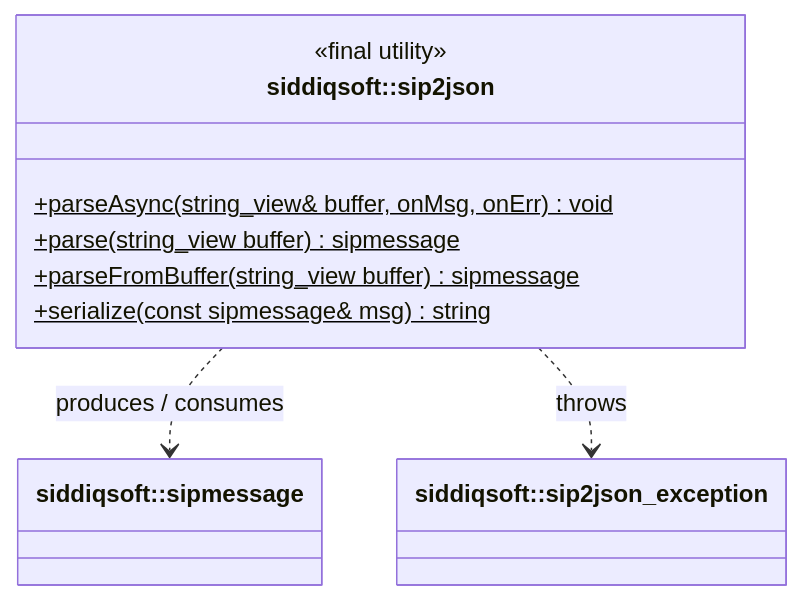
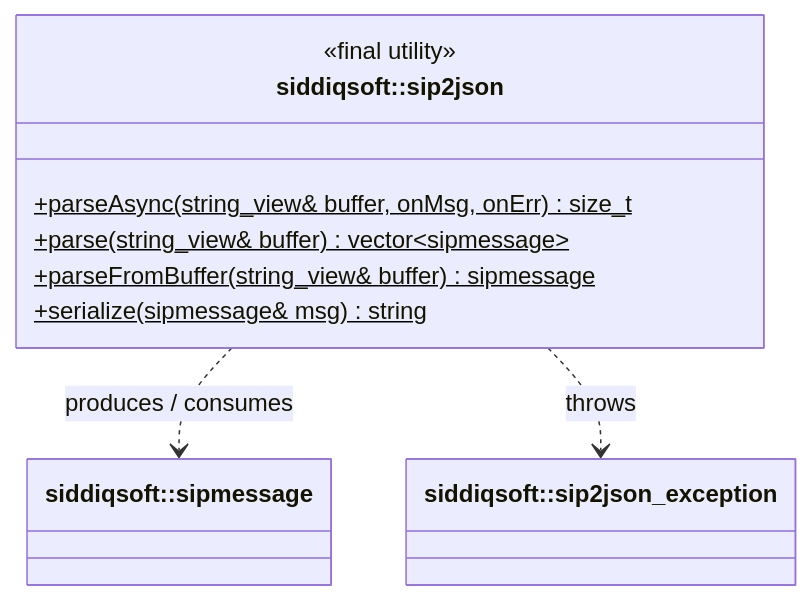
The diagram in docs/api/sip2json.md (SiddiqSoft/sip2json), drawn with Mermaid before and after one commit. The commit also changed 14 other files, not shown here.

````diff
--- a/docs/api/sip2json.md
+++ b/docs/api/sip2json.md
@@ -14,30 +14,30 @@
 ```mermaid
 classDiagram
     direction TB
 
     classDef coreClass fill:rgba(35,73,109,0.08),stroke:#23496d,stroke-width:2px;
     classDef exceptionClass fill:rgba(185,28,28,0.06),stroke:#b91c1c,stroke-width:1.5px;
     classDef highlightClass fill:rgba(2,132,199,0.18),stroke:#0284c7,stroke-width:3px;
 
     class sip2json["siddiqsoft::sip2json"] {
         <<final utility>>
-        +parseAsync(string_view& buffer, onMsg, onErr)$ void
-        +parse(string_view buffer)$ sipmessage
-        +parseFromBuffer(string_view buffer)$ sipmessage
-        +serialize(const sipmessage& msg)$ string
+        +parseAsync(string_view& buffer, onMsg, onErr)$ size_t
+        +parse(string_view& buffer)$ vector~sipmessage~
+        +parseFromBuffer(string_view& buffer)$ sipmessage
+        +serialize(sipmessage& msg)$ string
     }
     class sip2json:::highlightClass
 
     class sipmessage["siddiqsoft::sipmessage"]
     class sipmessage:::coreClass
 
     class sip2json_exception["siddiqsoft::sip2json_exception"]
     class sip2json_exception:::exceptionClass
 
     sip2json ..> sipmessage : produces / consumes
     sip2json ..> sip2json_exception : throws
 
     link sip2json "https://github.com/SiddiqSoft/sip2json/blob/master/include/siddiqsoft/sip2json.hpp" "Source: include/siddiqsoft/sip2json.hpp"
     link sipmessage "https://github.com/SiddiqSoft/sip2json/blob/master/include/siddiqsoft/sipmessage.hpp" "Source: include/siddiqsoft/sipmessage.hpp"
     link sip2json_exception "https://github.com/SiddiqSoft/sip2json/blob/master/include/siddiqsoft/private/sip2json_exception.hpp" "Source: include/siddiqsoft/private/sip2json_exception.hpp"
 ```
````
